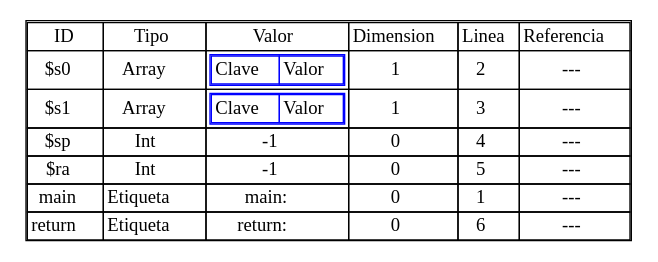
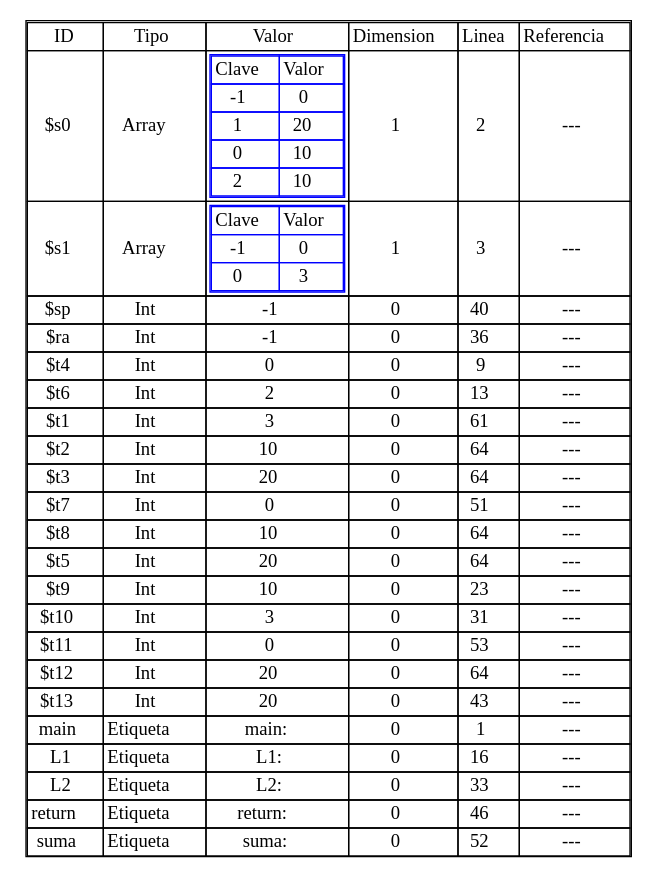
Before and after one commit to carlosE17/OLC2P2Junio2020: the diagram in reporteTs.dot, drawn with Graphviz. The commit also changed 6 other files, not shown here.

```diff
--- a/reporteTs.dot
+++ b/reporteTs.dot
@@ -1,14 +1,14 @@
 digraph {
 node0 [    shape=plaintext
     label=<
 
       <table cellspacing='0'>
       <tr><td>ID</td><td>Tipo</td><td>Valor</td><td>Dimension</td><td>Linea</td><td>Referencia</td></tr>
 <tr> <td> $s0</td><td> Array </td><td> 
 <table color='blue' cellspacing='0'>
 <tr><td>Clave </td><td>Valor </td></tr>
-</table> </td><td> 1 </td><td> 2 </td><td> ---</td> </tr><tr> <td> $s1</td><td> Array </td><td> 
+<tr><td>-1  </td><td>0  </td></tr><tr><td>1  </td><td>20  </td></tr><tr><td>0  </td><td>10  </td></tr><tr><td>2  </td><td>10  </td></tr></table> </td><td> 1 </td><td> 2 </td><td> ---</td> </tr><tr> <td> $s1</td><td> Array </td><td> 
 <table color='blue' cellspacing='0'>
 <tr><td>Clave </td><td>Valor </td></tr>
-</table> </td><td> 1 </td><td> 3 </td><td> ---</td> </tr><tr> <td> $sp</td><td> Int </td><td> -1 </td><td> 0 </td><td> 4 </td><td> ---</td> </tr><tr> <td> $ra</td><td> Int </td><td> -1 </td><td> 0 </td><td> 5 </td><td> ---</td> </tr><tr> <td> main</td><td> Etiqueta </td><td> main: </td><td> 0 </td><td> 1 </td><td> ---</td> </tr><tr> <td> return</td><td> Etiqueta </td><td> return: </td><td> 0 </td><td> 6 </td><td> ---</td> </tr>    </table>
+<tr><td>-1  </td><td>0  </td></tr><tr><td>0  </td><td>3  </td></tr></table> </td><td> 1 </td><td> 3 </td><td> ---</td> </tr><tr> <td> $sp</td><td> Int </td><td> -1 </td><td> 0 </td><td> 40 </td><td> ---</td> </tr><tr> <td> $ra</td><td> Int </td><td> -1 </td><td> 0 </td><td> 36 </td><td> ---</td> </tr><tr> <td> $t4</td><td> Int </td><td> 0 </td><td> 0 </td><td> 9 </td><td> ---</td> </tr><tr> <td> $t6</td><td> Int </td><td> 2 </td><td> 0 </td><td> 13 </td><td> ---</td> </tr><tr> <td> $t1</td><td> Int </td><td> 3 </td><td> 0 </td><td> 61 </td><td> ---</td> </tr><tr> <td> $t2</td><td> Int </td><td> 10 </td><td> 0 </td><td> 64 </td><td> ---</td> </tr><tr> <td> $t3</td><td> Int </td><td> 20 </td><td> 0 </td><td> 64 </td><td> ---</td> </tr><tr> <td> $t7</td><td> Int </td><td> 0 </td><td> 0 </td><td> 51 </td><td> ---</td> </tr><tr> <td> $t8</td><td> Int </td><td> 10 </td><td> 0 </td><td> 64 </td><td> ---</td> </tr><tr> <td> $t5</td><td> Int </td><td> 20 </td><td> 0 </td><td> 64 </td><td> ---</td> </tr><tr> <td> $t9</td><td> Int </td><td> 10 </td><td> 0 </td><td> 23 </td><td> ---</td> </tr><tr> <td> $t10</td><td> Int </td><td> 3 </td><td> 0 </td><td> 31 </td><td> ---</td> </tr><tr> <td> $t11</td><td> Int </td><td> 0 </td><td> 0 </td><td> 53 </td><td> ---</td> </tr><tr> <td> $t12</td><td> Int </td><td> 20 </td><td> 0 </td><td> 64 </td><td> ---</td> </tr><tr> <td> $t13</td><td> Int </td><td> 20 </td><td> 0 </td><td> 43 </td><td> ---</td> </tr><tr> <td> main</td><td> Etiqueta </td><td> main: </td><td> 0 </td><td> 1 </td><td> ---</td> </tr><tr> <td> L1</td><td> Etiqueta </td><td> L1: </td><td> 0 </td><td> 16 </td><td> ---</td> </tr><tr> <td> L2</td><td> Etiqueta </td><td> L2: </td><td> 0 </td><td> 33 </td><td> ---</td> </tr><tr> <td> return</td><td> Etiqueta </td><td> return: </td><td> 0 </td><td> 46 </td><td> ---</td> </tr><tr> <td> suma</td><td> Etiqueta </td><td> suma: </td><td> 0 </td><td> 52 </td><td> ---</td> </tr>    </table>
 >];}
```
